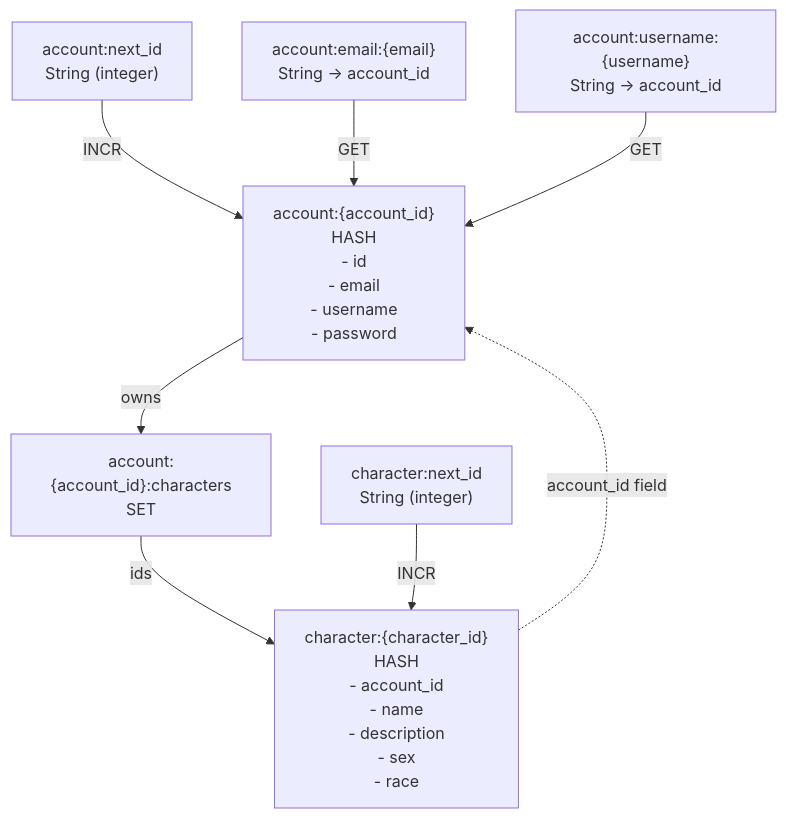
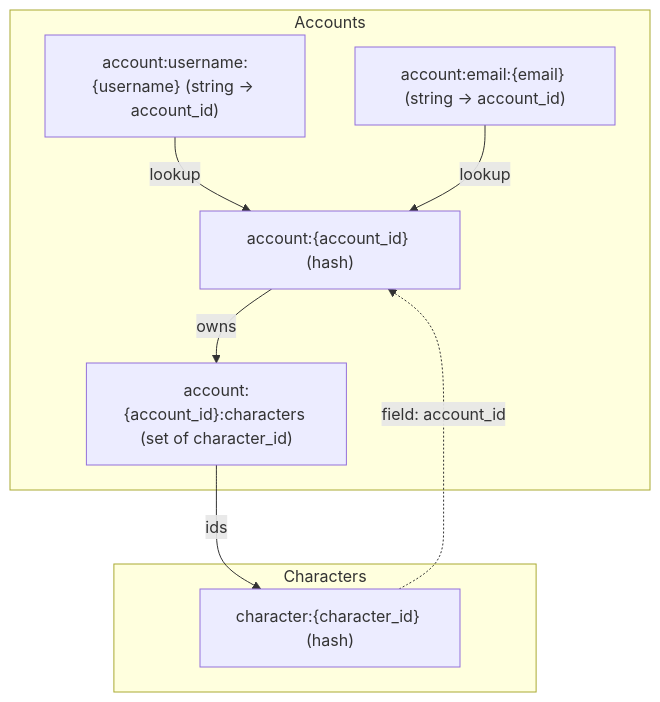
Before and after one commit to engineerjames/men-among-gods-reforged: the first of 3 diagrams in api/README.md, drawn with Mermaid.

Commit message:
Cleanup diagram

````diff
--- a/api/README.md
+++ b/api/README.md
@@ -39,27 +39,20 @@
 ```mermaid
 flowchart TB
-    %% Account ID allocation
-    A_NEXT["account:next_id\nString (integer)"]
-    A_HASH["account:{account_id}\nHASH\n- id\n- email\n- username\n- password"]
+    subgraph Accounts
+        A_HASH["account:{account_id} (hash)"]
+        A_USER["account:username:{username} (string -> account_id)"]
+        A_EMAIL["account:email:{email} (string -> account_id)"]
+        A_CHARS["account:{account_id}:characters (set of character_id)"]
+    end
 
-    %% Account lookup indexes
-    A_EMAIL["account:email:{email}\nString -> account_id"]
-    A_USER["account:username:{username}\nString -> account_id"]
+    subgraph Characters
+        C_HASH["character:{character_id} (hash)"]
+    end
 
-    %% Characters owned by an account
-    A_CHARS["account:{account_id}:characters\nSET<character_id>"]
-
-    %% Character ID allocation + character storage
-    C_NEXT["character:next_id\nString (integer)"]
-    C_HASH["character:{character_id}\nHASH\n- account_id\n- name\n- description\n- sex\n- race"]
-
-    A_NEXT -->|INCR| A_HASH
-    A_EMAIL -->|GET| A_HASH
-    A_USER -->|GET| A_HASH
+    A_USER -->|lookup| A_HASH
+    A_EMAIL -->|lookup| A_HASH
 
     A_HASH -->|owns| A_CHARS
     A_CHARS -->|ids| C_HASH
-    C_NEXT -->|INCR| C_HASH
-
-    C_HASH -. "account_id field" .-> A_HASH
+    C_HASH -. "field: account_id" .-> A_HASH
 ```
````
